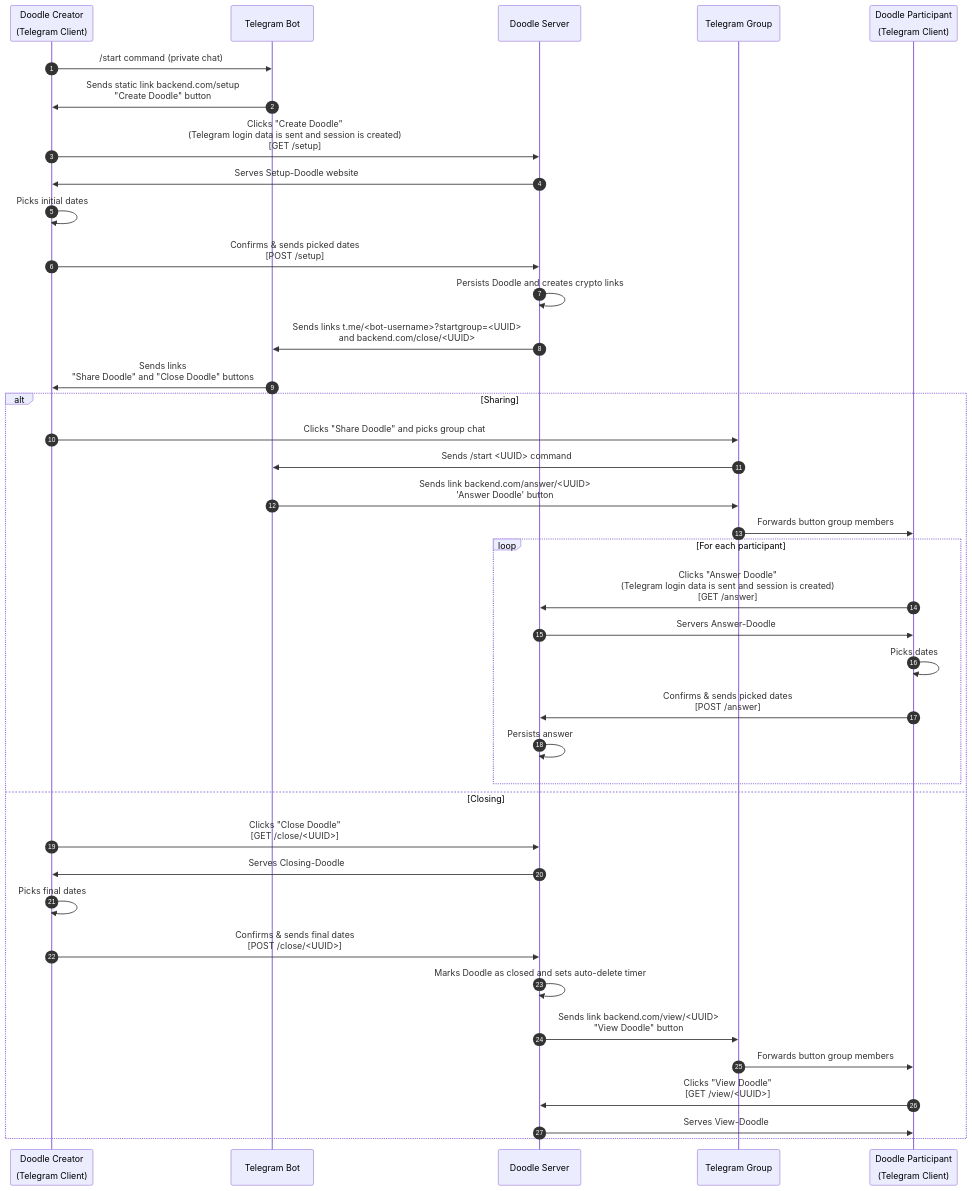
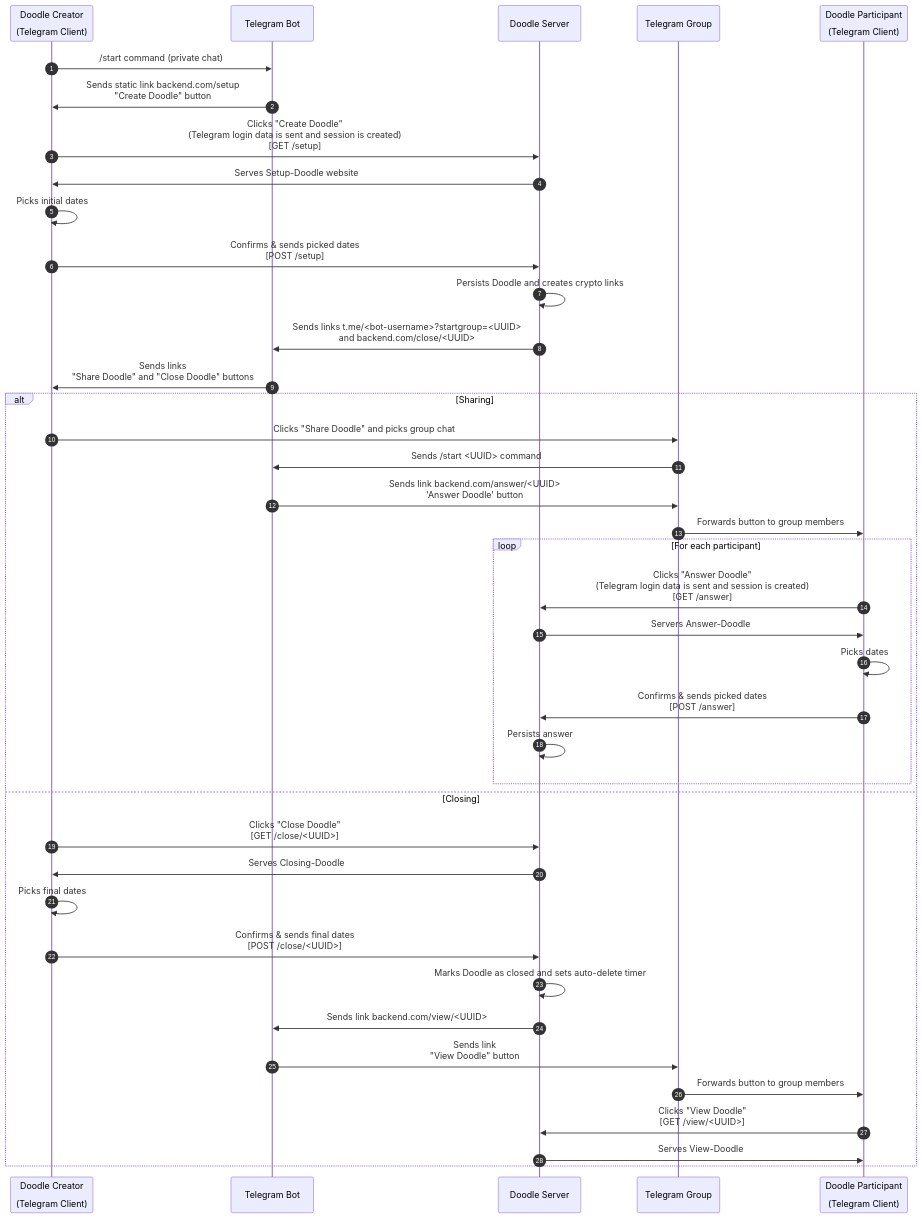
The diagram in README.md (torond/toodlebot), drawn with Mermaid before and after one commit. The commit also changed other lines of this file and 5 other files, not shown here.

Commit message:
Display /view button in correct group chats

````diff
--- a/README.md
+++ b/README.md
@@ -50,42 +50,43 @@
 ```mermaid
 sequenceDiagram
 autonumber
 participant C as Doodle Creator<br><br>(Telegram Client)
 participant B as Telegram Bot
 participant W as Doodle Server
 participant G as Telegram Group
 participant P as Doodle Participant<br><br>(Telegram Client)
 
 C ->> B: /start command (private chat)
 B ->> C: Sends static link backend.com/setup<br>"Create Doodle" button
 C ->> W: Clicks "Create Doodle"<br>(Telegram login data is sent and session is created)<br>[GET /setup]
 W ->> C: Serves Setup-Doodle website
 C ->> C: Picks initial dates
 C ->> W: Confirms & sends picked dates<br>[POST /setup]
 W ->> W: Persists Doodle and creates crypto links
 W ->> B: Sends links t.me/<bot-username>?startgroup=<UUID><br> and backend.com/close/<UUID>
 B ->> C: Sends links<br>"Share Doodle" and "Close Doodle" buttons
 alt Sharing
 C ->> G: Clicks "Share Doodle" and picks group chat
 G ->> B: Sends /start <UUID> command
 B ->> G: Sends link backend.com/answer/<UUID><br>'Answer Doodle' button
-G ->> P: Forwards button group members
+G ->> P: Forwards button to group members
 loop For each participant
 P ->> W: Clicks "Answer Doodle"<br>(Telegram login data is sent and session is created)<br>[GET /answer]
 W ->> P: Servers Answer-Doodle
 P ->> P: Picks dates
 P ->> W: Confirms & sends picked dates<br>[POST /answer]
 W ->> W: Persists answer
 end
 else Closing
 C ->> W: Clicks "Close Doodle"<br>[GET /close/<UUID>]
 W ->> C: Serves Closing-Doodle
 C ->> C: Picks final dates
 C ->> W: Confirms & sends final dates<br>[POST /close/<UUID>]
 W ->> W: Marks Doodle as closed and sets auto-delete timer
-W ->> G: Sends link backend.com/view/<UUID><br>"View Doodle" button
-G ->> P: Forwards button group members
+W ->> B: Sends link backend.com/view/<UUID>
+B ->> G: Sends link<br>"View Doodle" button
+G ->> P: Forwards button to group members
 P ->> W: Clicks "View Doodle"<br>[GET /view/<UUID>]
 W ->> P: Serves View-Doodle
 end
 ```
````
